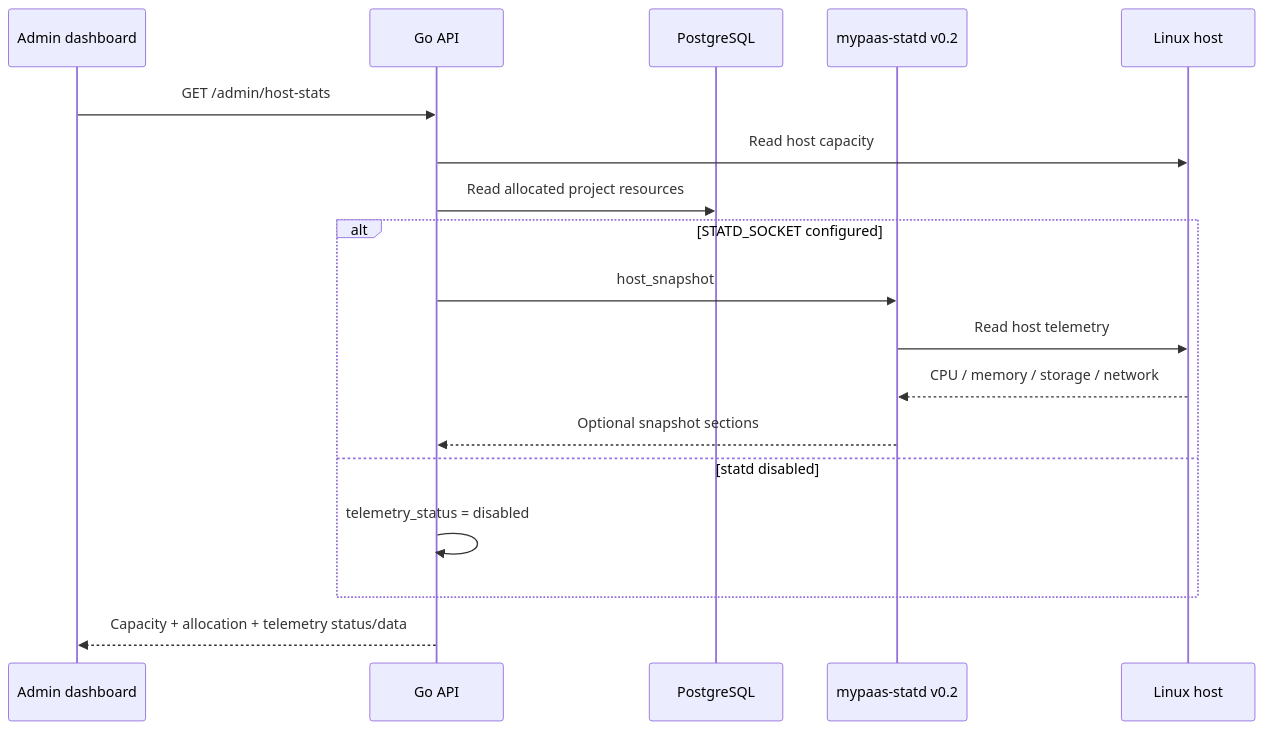
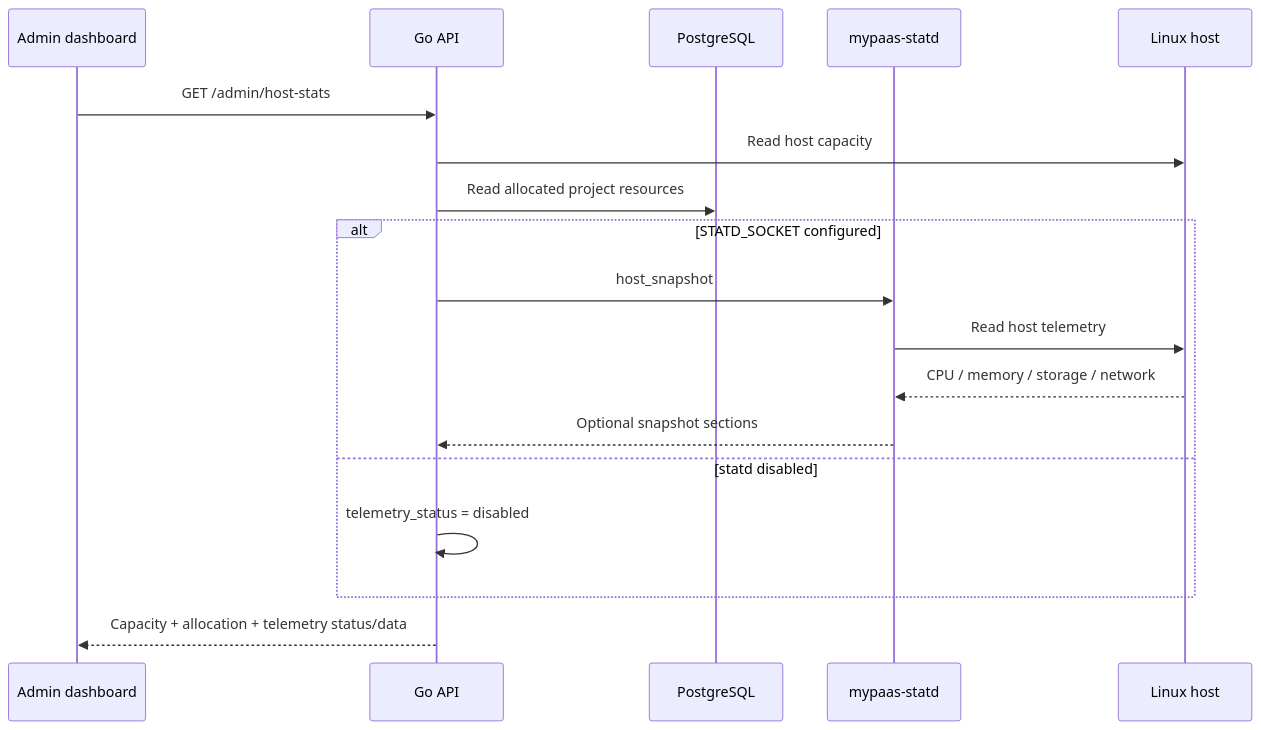
The third of 6 diagrams in docs/architecture/observability.md (nabilrn/MyPaas), drawn with Mermaid before and after one commit. The commit also changed other lines of this file, not shown here.

````diff
--- a/docs/architecture/observability.md
+++ b/docs/architecture/observability.md
@@ -71,23 +70,23 @@
 ```mermaid
 sequenceDiagram
     participant UI as Admin dashboard
     participant API as Go API
     participant DB as PostgreSQL
-    participant Statd as mypaas-statd v0.2
+    participant Statd as mypaas-statd
     participant Host as Linux host
 
     UI->>API: GET /admin/host-stats
     API->>Host: Read host capacity
     API->>DB: Read allocated project resources
 
     alt STATD_SOCKET configured
         API->>Statd: host_snapshot
         Statd->>Host: Read host telemetry
         Host-->>Statd: CPU / memory / storage / network
         Statd-->>API: Optional snapshot sections
     else statd disabled
         API->>API: telemetry_status = disabled
     end
 
     API-->>UI: Capacity + allocation + telemetry status/data
 ```
````
